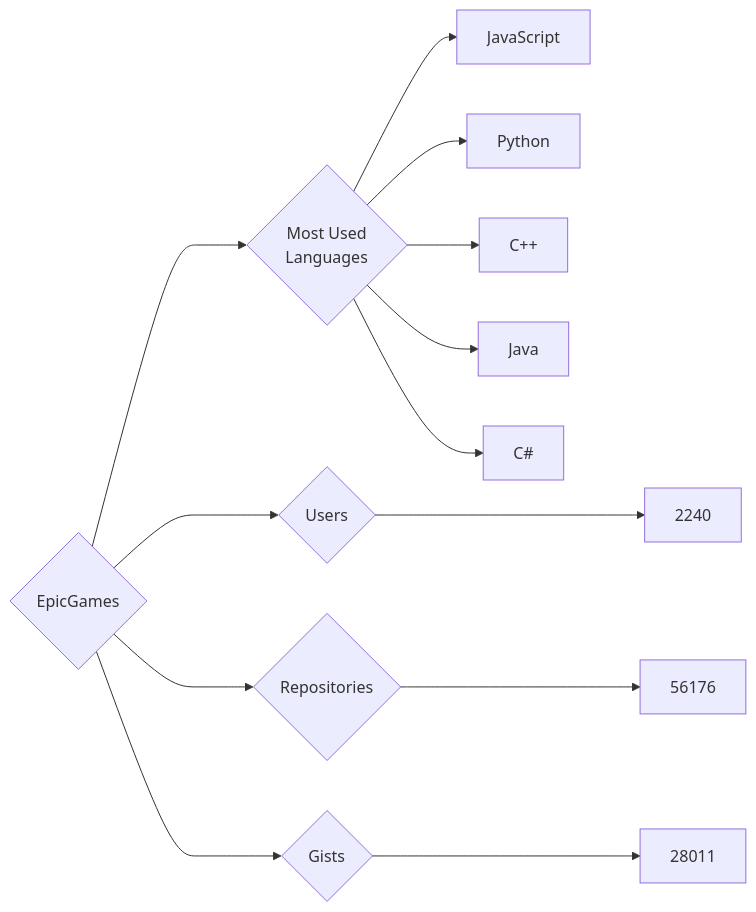
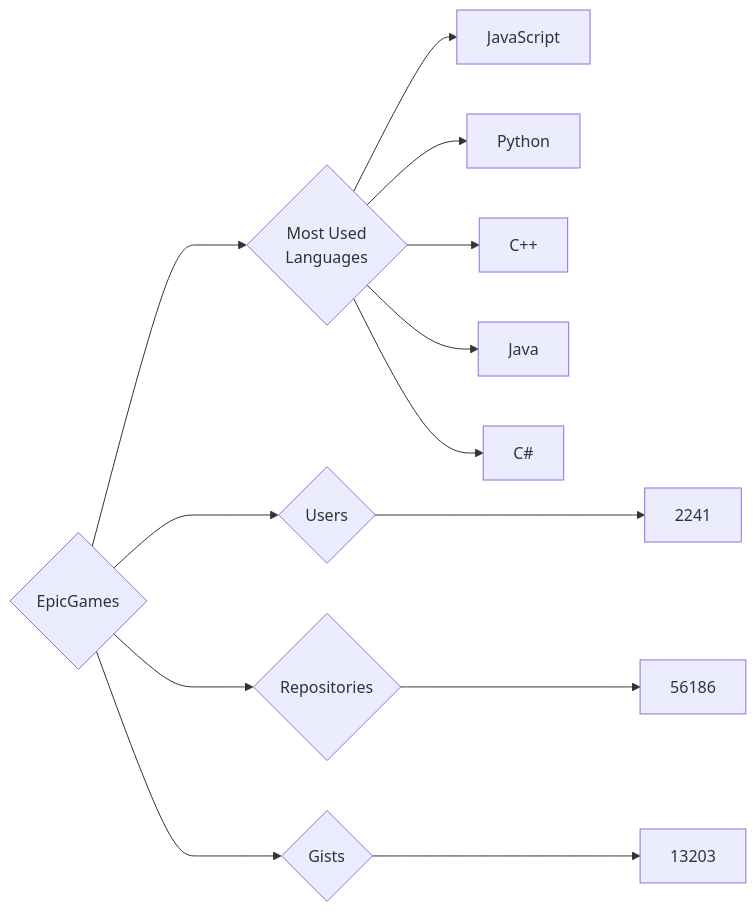
The diagram in targets/EpicGames/README.md (trickest/insiders), drawn with Mermaid before and after one commit. The commit also changed 728 other files, not shown here.

````diff
--- a/targets/EpicGames/README.md
+++ b/targets/EpicGames/README.md
@@ -3,13 +3,13 @@
 ```mermaid
 graph LR
 COMPANY_NAME{EpicGames}
-COMPANY_NAME ---> U{Users} ---> UN[2240]
-COMPANY_NAME ---> R{Repositories} ---> RN[56176]
-COMPANY_NAME ---> G{Gists} ---> GN[28011]
+COMPANY_NAME ---> U{Users} ---> UN[2241]
+COMPANY_NAME ---> R{Repositories} ---> RN[56186]
+COMPANY_NAME ---> G{Gists} ---> GN[13203]
 COMPANY_NAME ---> ML{Most Used<br>Languages}
 ML --> JavaScript[JavaScript]
 ML --> Python[Python]
 ML --> C++[C++]
 ML --> Java[Java]
 ML --> C#[C#]
 ```
````
